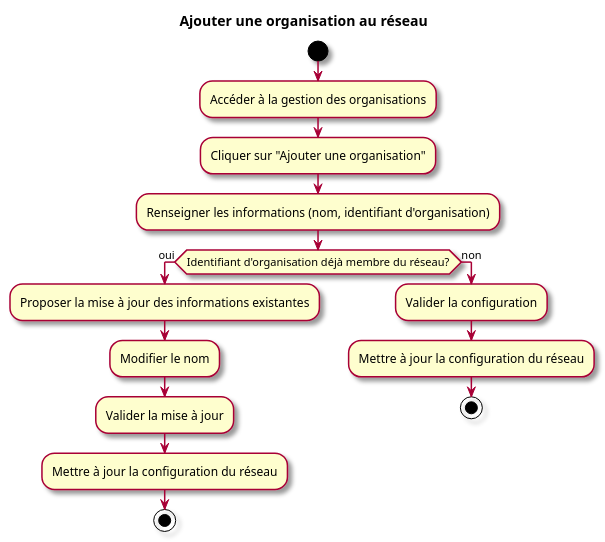
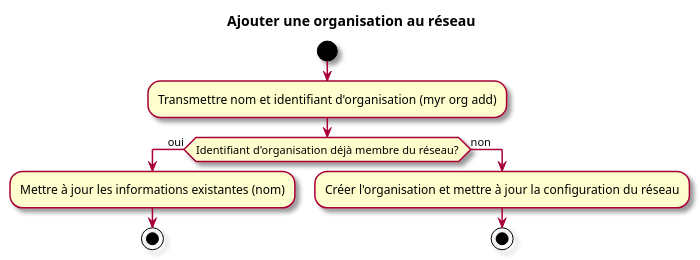
Before and after one commit to olivaux/myr: the second of 2 diagrams in specs/1-Expression/UCADM-Administration/UCADM01.md, drawn with PlantUML. The commit also changed other lines of this file and 65 other files, not shown here.

````diff
--- a/specs/1-Expression/UCADM-Administration/UCADM01.md
+++ b/specs/1-Expression/UCADM-Administration/UCADM01.md
@@ -60,21 +58,15 @@
 ```plantuml
 @startuml
 skin rose
 title Ajouter une organisation au réseau
 start
-:Accéder à la gestion des organisations;
-:Cliquer sur "Ajouter une organisation";
-:Renseigner les informations (nom, identifiant d'organisation);
+:Transmettre nom et identifiant d'organisation (myr org add);
 if (Identifiant d'organisation déjà membre du réseau?) then (oui)
-  :Proposer la mise à jour des informations existantes;
-  :Modifier le nom;
-  :Valider la mise à jour;
-  :Mettre à jour la configuration du réseau;
+  :Mettre à jour les informations existantes (nom);
   stop
 else (non)
-  :Valider la configuration;
-  :Mettre à jour la configuration du réseau;
+  :Créer l'organisation et mettre à jour la configuration du réseau;
   stop
 endif
 @enduml
 ```
````
